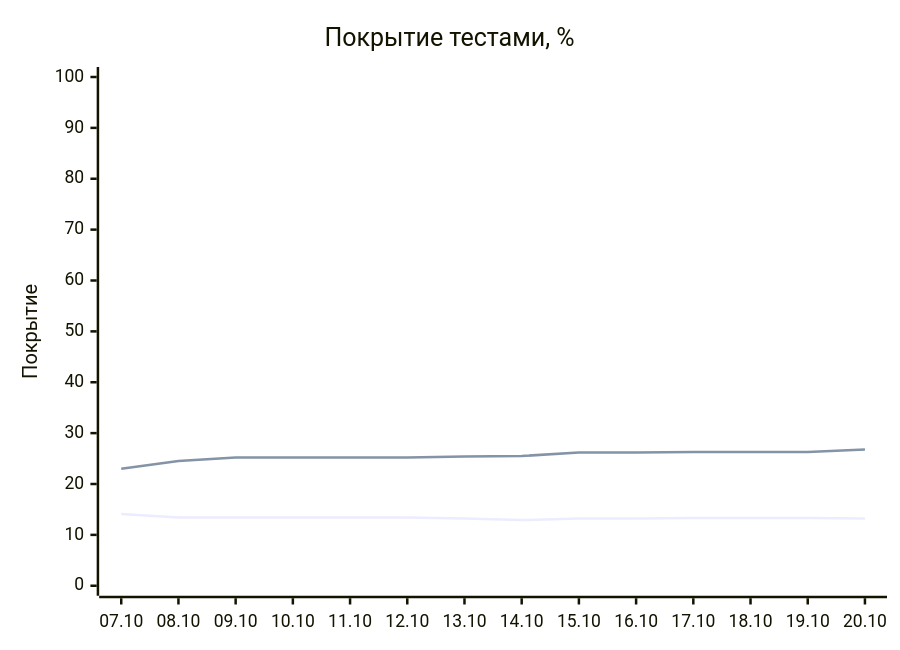
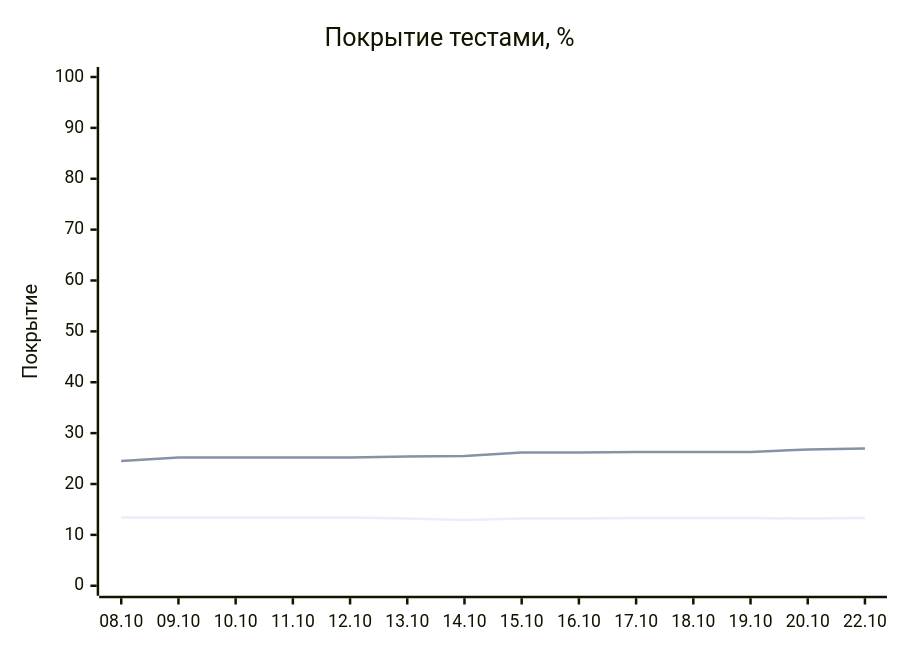
Before and after one commit to EvgeniBondarev/coverage-report: the diagram in README.md, drawn with Mermaid. The commit also changed other lines of this file and 3150 other files, not shown here.

````diff
--- a/README.md
+++ b/README.md
@@ -19,8 +19,8 @@
 ```mermaid
 xychart-beta
     title "Покрытие тестами, %"
-    x-axis ["07.10", "08.10", "09.10", "10.10", "11.10", "12.10", "13.10", "14.10", "15.10", "16.10", "17.10", "18.10", "19.10", "20.10"]
+    x-axis ["08.10", "09.10", "10.10", "11.10", "12.10", "13.10", "14.10", "15.10", "16.10", "17.10", "18.10", "19.10", "20.10", "22.10"]
     y-axis "Покрытие" 0 --> 100
-    line [14.1, 13.4, 13.4, 13.4, 13.4, 13.4, 13.2, 12.9, 13.2, 13.2, 13.3, 13.3, 13.3, 13.2]
-    line [23, 24.5, 25.2, 25.2, 25.2, 25.2, 25.4, 25.5, 26.2, 26.2, 26.3, 26.3, 26.3, 26.8]
+    line [13.4, 13.4, 13.4, 13.4, 13.4, 13.2, 12.9, 13.2, 13.2, 13.3, 13.3, 13.3, 13.2, 13.3]
+    line [24.5, 25.2, 25.2, 25.2, 25.2, 25.4, 25.5, 26.2, 26.2, 26.3, 26.3, 26.3, 26.8, 27]
 ```
````
